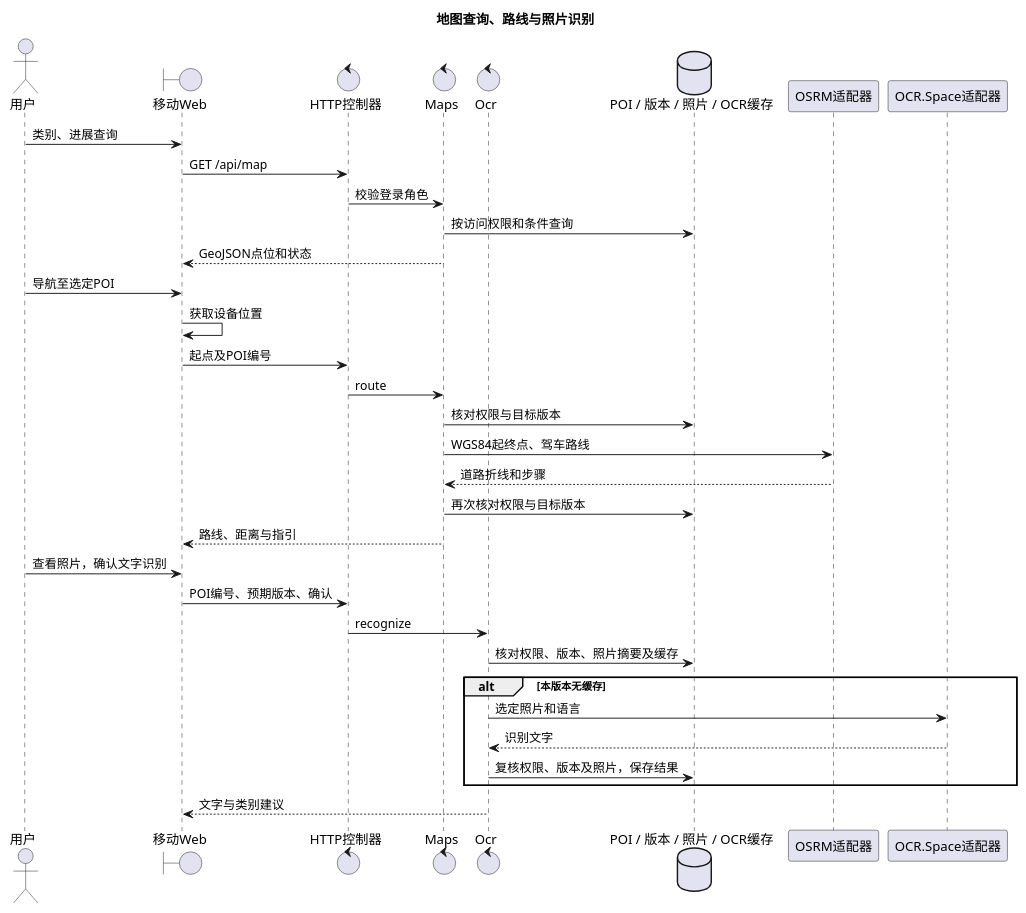
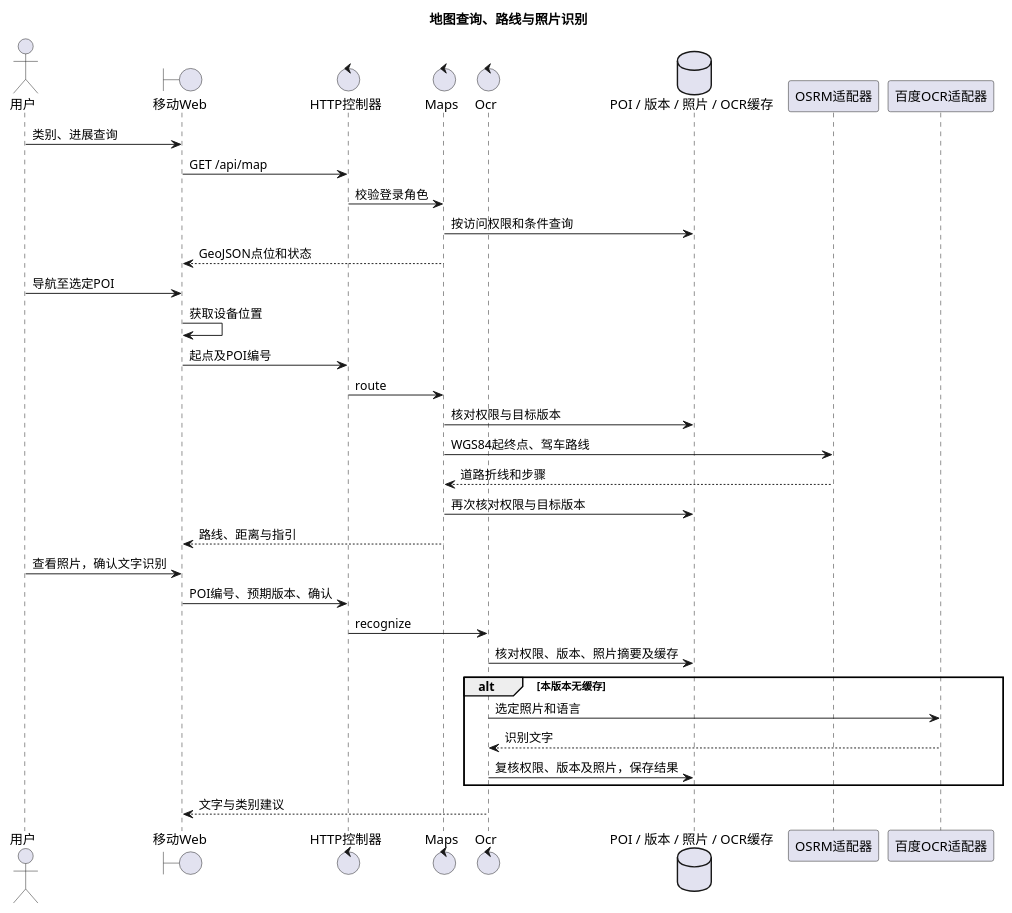
One commit to Florian-yang/mapqc-sadp-practice changed the diagram in docs/diagrams/map-ocr.puml. Above: the diagram before and after it, drawn with PlantUML. The commit also changed 28 other files, not shown here.

```diff
--- a/docs/diagrams/map-ocr.puml
+++ b/docs/diagrams/map-ocr.puml
@@ -1,35 +1,35 @@
 @startuml
 title 地图查询、路线与照片识别
 actor 用户
 boundary "移动Web" as Web
 control "HTTP控制器" as HTTP
 control Maps
 control Ocr
 database "POI / 版本 / 照片 / OCR缓存" as DB
 participant "OSRM适配器" as Route
-participant "OCR.Space适配器" as Text
+participant "百度OCR适配器" as Text
 用户 -> Web : 类别、进展查询
 Web -> HTTP : GET /api/map
 HTTP -> Maps : 校验登录角色
 Maps -> DB : 按访问权限和条件查询
 Maps --> Web : GeoJSON点位和状态
 用户 -> Web : 导航至选定POI
 Web -> Web : 获取设备位置
 Web -> HTTP : 起点及POI编号
 HTTP -> Maps : route
 Maps -> DB : 核对权限与目标版本
 Maps -> Route : WGS84起终点、驾车路线
 Route --> Maps : 道路折线和步骤
 Maps -> DB : 再次核对权限与目标版本
 Maps --> Web : 路线、距离与指引
 用户 -> Web : 查看照片，确认文字识别
 Web -> HTTP : POI编号、预期版本、确认
 HTTP -> Ocr : recognize
 Ocr -> DB : 核对权限、版本、照片摘要及缓存
 alt 本版本无缓存
   Ocr -> Text : 选定照片和语言
   Text --> Ocr : 识别文字
   Ocr -> DB : 复核权限、版本及照片，保存结果
 end
 Ocr --> Web : 文字与类别建议
 @enduml
```
